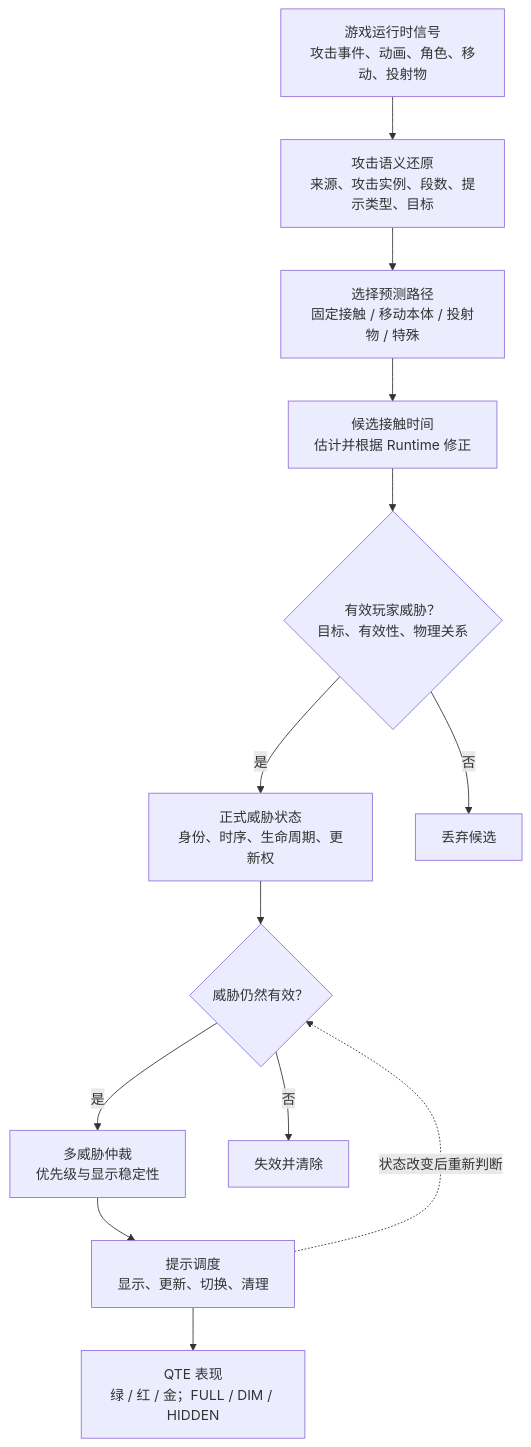
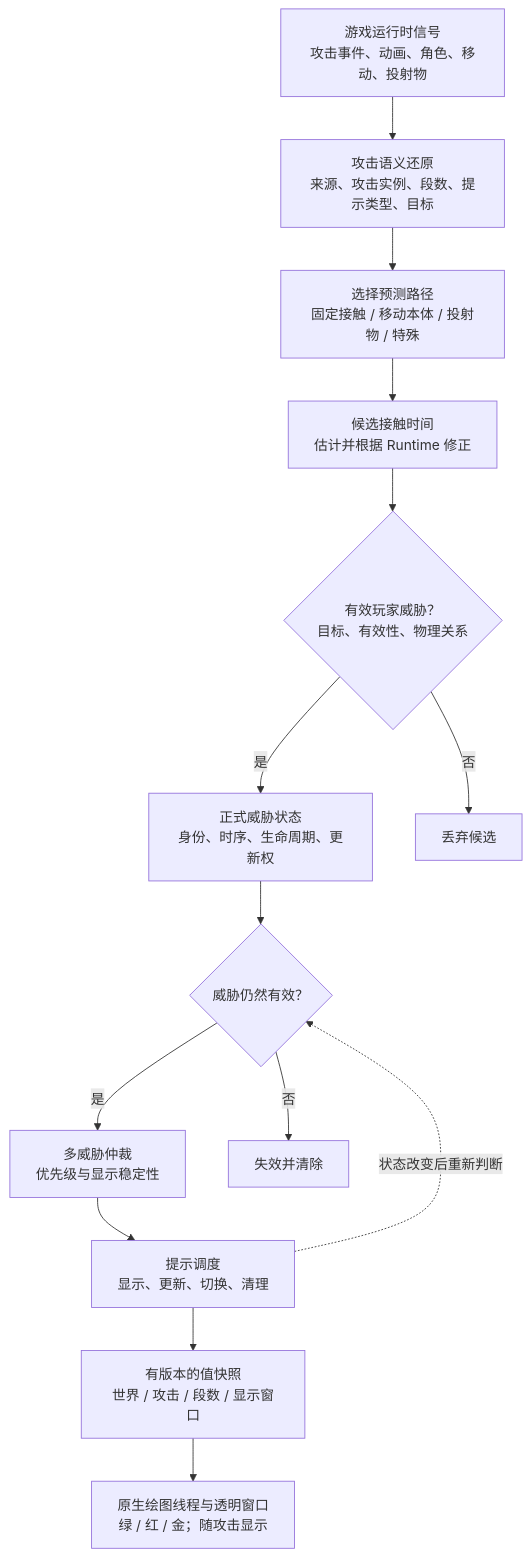
One commit to Dio23366/PerfectBlockTrainer-Releases changed the fourth of 6 diagrams in docs/TECHNICAL_DESIGN.md. Above: the diagram before and after it, drawn with Mermaid. The commit also changed other lines of this file and 4 other files, not shown here.

First line of the commit message:
docs: present V7.0.8 native QTE architecture and refresh demo metrics

````diff
--- a/docs/TECHNICAL_DESIGN.md
+++ b/docs/TECHNICAL_DESIGN.md
@@ -276,21 +293,22 @@
 ```mermaid
 flowchart TD
     A["游戏运行时信号<br/>攻击事件、动画、角色、移动、投射物"]
     B["攻击语义还原<br/>来源、攻击实例、段数、提示类型、目标"]
     C["选择预测路径<br/>固定接触 / 移动本体 / 投射物 / 特殊"]
     D["候选接触时间<br/>估计并根据 Runtime 修正"]
     E{"有效玩家威胁？<br/>目标、有效性、物理关系"}
     F["正式威胁状态<br/>身份、时序、生命周期、更新权"]
     G{"威胁仍然有效？"}
     H["多威胁仲裁<br/>优先级与显示稳定性"]
     I["提示调度<br/>显示、更新、切换、清理"]
-    J["QTE 表现<br/>绿 / 红 / 金；FULL / DIM / HIDDEN"]
+    S["有版本的值快照<br/>世界 / 攻击 / 段数 / 显示窗口"]
+    J["原生绘图线程与透明窗口<br/>绿 / 红 / 金；随攻击显示"]
     X["丢弃候选"]
     Y["失效并清除"]
     A --> B --> C --> D --> E
     E -- 否 --> X
     E -- 是 --> F --> G
     G -- 否 --> Y
-    G -- 是 --> H --> I --> J
+    G -- 是 --> H --> I --> S --> J
     I -. "状态改变后重新判断" .-> G
 ```
````
